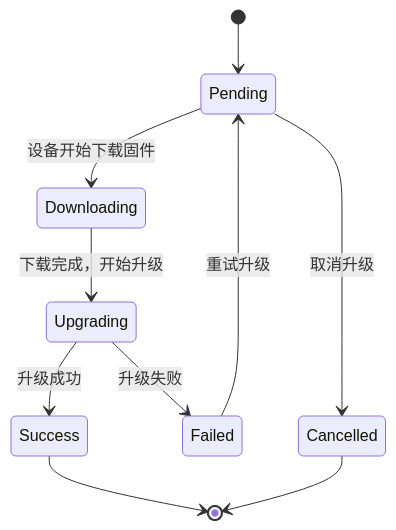
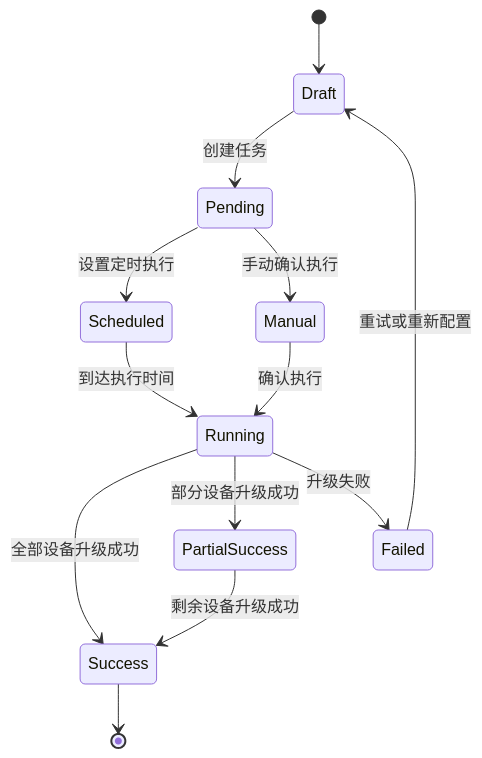
One commit to mcmrzy/cs_inv_monitor-develop changed the third of 11 diagrams in .qoder/repowiki/zh/content/OTA升级系统/OTA升级系统.md. Above: the diagram before and after it, drawn with Mermaid. The commit also changed other lines of this file and 128 other files, not shown here.

````diff
--- a/.qoder/repowiki/zh/content/OTA升级系统/OTA升级系统.md
+++ b/.qoder/repowiki/zh/content/OTA升级系统/OTA升级系统.md
@@ -152,12 +191,15 @@
 ```mermaid
 stateDiagram-v2
-[*] --> Pending
-Pending --> Downloading : 设备开始下载固件
-Downloading --> Upgrading : 下载完成，开始升级
-Upgrading --> Success : 升级成功
-Upgrading --> Failed : 升级失败
-Failed --> Pending : 重试升级
+[*] --> Draft
+Draft --> Pending : 创建任务
+Pending --> Scheduled : 设置定时执行
+Scheduled --> Running : 到达执行时间
+Pending --> Manual : 手动确认执行
+Manual --> Running : 确认执行
+Running --> Success : 全部设备升级成功
+Running --> PartialSuccess : 部分设备升级成功
+Running --> Failed : 升级失败
+Failed --> Draft : 重试或重新配置
+PartialSuccess --> Success : 剩余设备升级成功
 Success --> [*]
-Pending --> Cancelled : 取消升级
-Cancelled --> [*]
 ```
````
